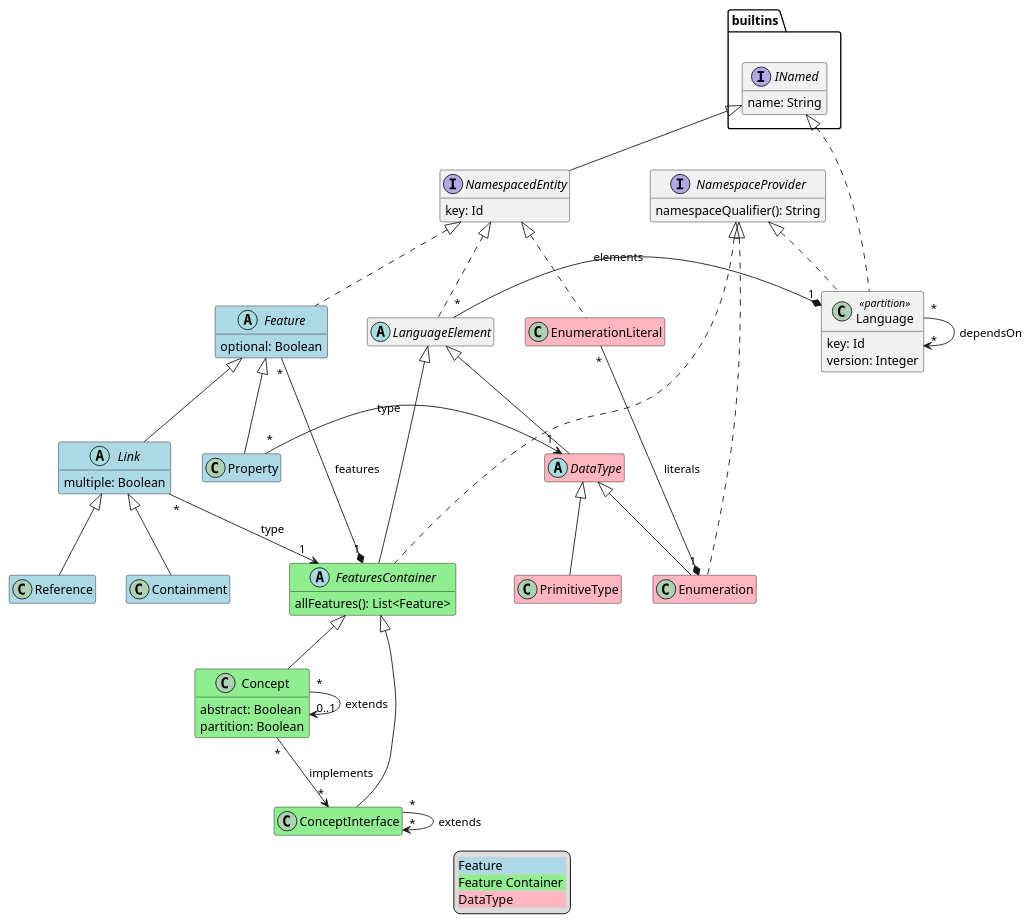
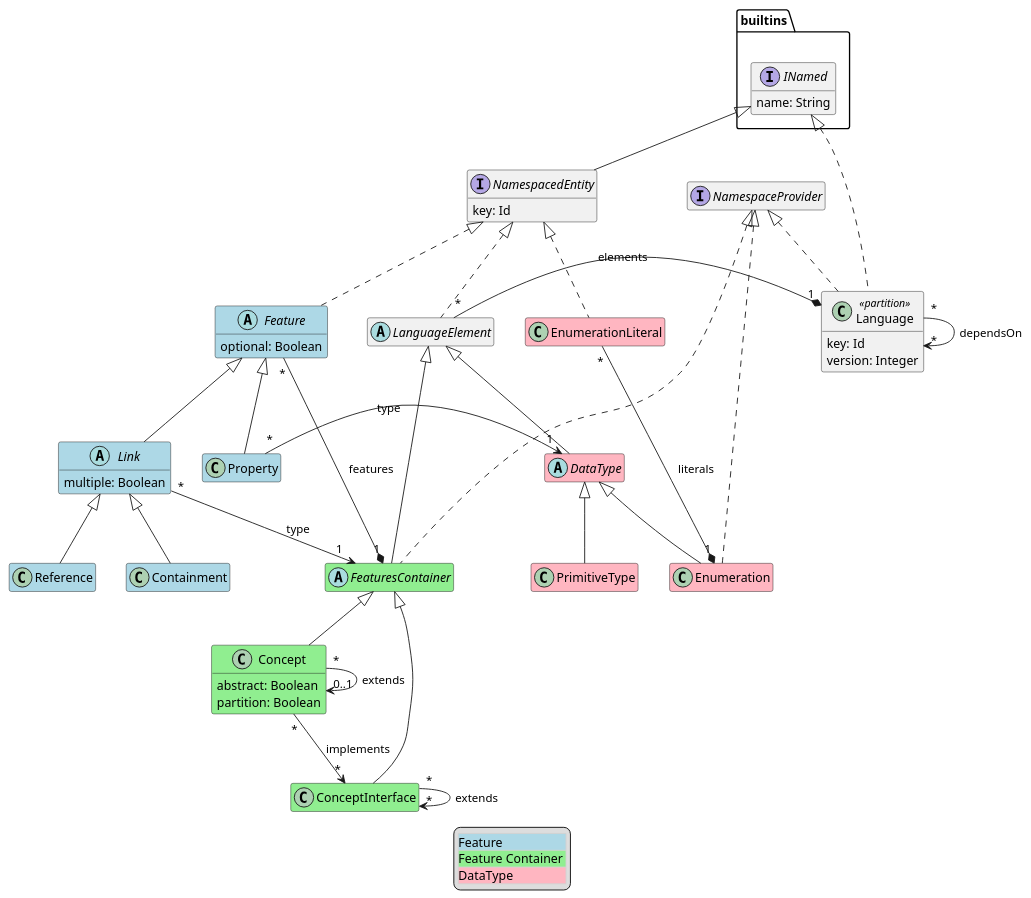
One commit to LionWeb-io/specification changed the diagram in lioncore/metametamodel/metametamodel.puml. Above: the diagram before and after it, drawn with PlantUML. The commit also changed 3 other files, not shown here.

```diff
--- a/lioncore/metametamodel/metametamodel.puml
+++ b/lioncore/metametamodel/metametamodel.puml
@@ -1,83 +1,79 @@
 @startuml
 hide empty members
 
-'package builtins {
+package builtins {
   interface builtins.INamed {
     name: String
   }
-'}
+}
 
 class Concept #LightGreen extends FeaturesContainer {
   abstract: Boolean
   partition: Boolean
 }
 
 class ConceptInterface #LightGreen extends FeaturesContainer
 
 class Containment #LightBlue extends Link
 
 abstract class DataType #LightPink extends LanguageElement
 
 class Enumeration #LightPink extends DataType implements NamespaceProvider
 
 class EnumerationLiteral #LightPink implements NamespacedEntity
 
 abstract class Feature #LightBlue implements NamespacedEntity {
   optional: Boolean
 }
 
 abstract class FeaturesContainer #LightGreen extends LanguageElement implements NamespaceProvider {
-  allFeatures(): List<Feature>
 }
 
 abstract class Link #LightBlue extends Feature {
   multiple: Boolean
 }
 
 class Language <<partition>> implements NamespaceProvider, builtins.INamed {
-'  name: String
   key: Id
   version: Integer
 }
 
 abstract class LanguageElement implements NamespacedEntity
 
 interface NamespacedEntity extends builtins.INamed {
-'  name: String
   key: Id
 }
 
 interface NamespaceProvider {
-  namespaceQualifier(): String
 }
 
 class PrimitiveType #LightPink extends DataType
 
 class Property #LightBlue extends Feature
 
 class Reference #LightBlue extends Link
 
 ' relations:
 
 Concept "*" -> "0..1" Concept: extends
 Concept "*" --> "*" ConceptInterface: implements
 
 ConceptInterface "*" --> "*" ConceptInterface: extends
 
 EnumerationLiteral "*" -* "1" Enumeration : literals
 
 Feature "*" -* "1" FeaturesContainer: features
 
 Link "*" --> "1" FeaturesContainer: type
 
 Language "*" --> "*" Language: dependsOn
 LanguageElement "*" -* "1" Language: elements
 
 Property "*" -> "1" DataType: type
 
 legend
   <#LightGray,#LightGray>| <#LightBlue>Feature |
   | <#LightGreen>Feature Container |
   | <#LightPink>DataType |
 end legend
 @enduml
```
